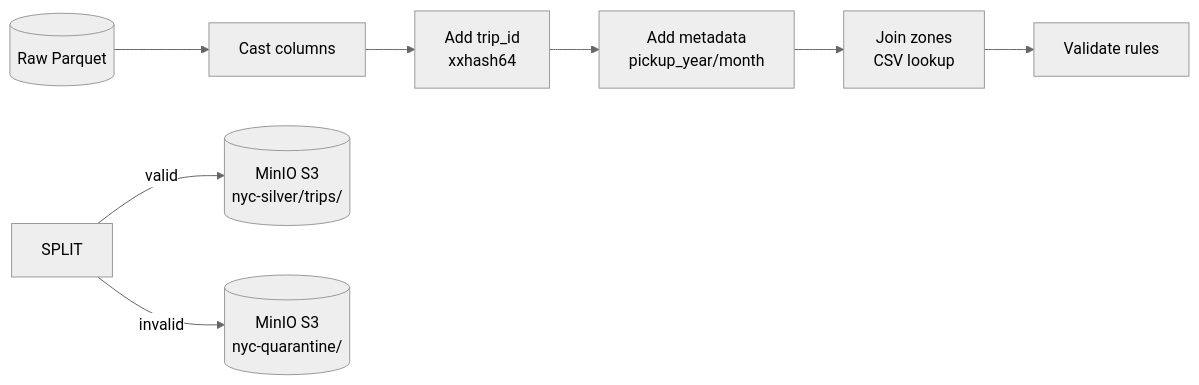
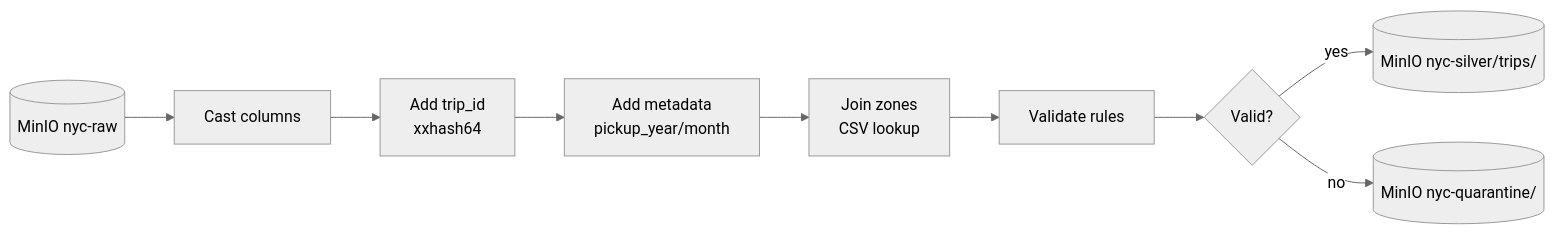
One commit to DawieMalmsteel/nyc_new changed the second of 8 diagrams in workflow.md. Above: the diagram before and after it, drawn with Mermaid (neutral theme). The commit also changed other lines of this file, not shown here.

Commit message:
Update workflow.md: MinIO S3 default, K8s port-forward, 7 datasets

````diff
--- a/workflow.md
+++ b/workflow.md
@@ -66,10 +97,11 @@
 ```mermaid
 flowchart LR
-    INPUT[("Raw Parquet")] --> CAST[Cast columns]
+    INPUT[("MinIO nyc-raw")] --> CAST[Cast columns]
     CAST --> ADDID[Add trip_id<br/>xxhash64]
     ADDID --> META[Add metadata<br/>pickup_year/month]
     META --> JOIN[Join zones<br/>CSV lookup]
     JOIN --> VALIDATE[Validate rules]
-    SPLIT -->|valid| SILVER[("MinIO S3<br/>nyc-silver/trips/")]
-    SPLIT -->|invalid| QUARANTINE[("MinIO S3<br/>nyc-quarantine/")]
+    VALIDATE --> SPLIT{Valid?}
+    SPLIT -->|yes| SILVER[("MinIO nyc-silver/trips/")]
+    SPLIT -->|no| QUARANTINE[("MinIO nyc-quarantine/")]
 ```
````
